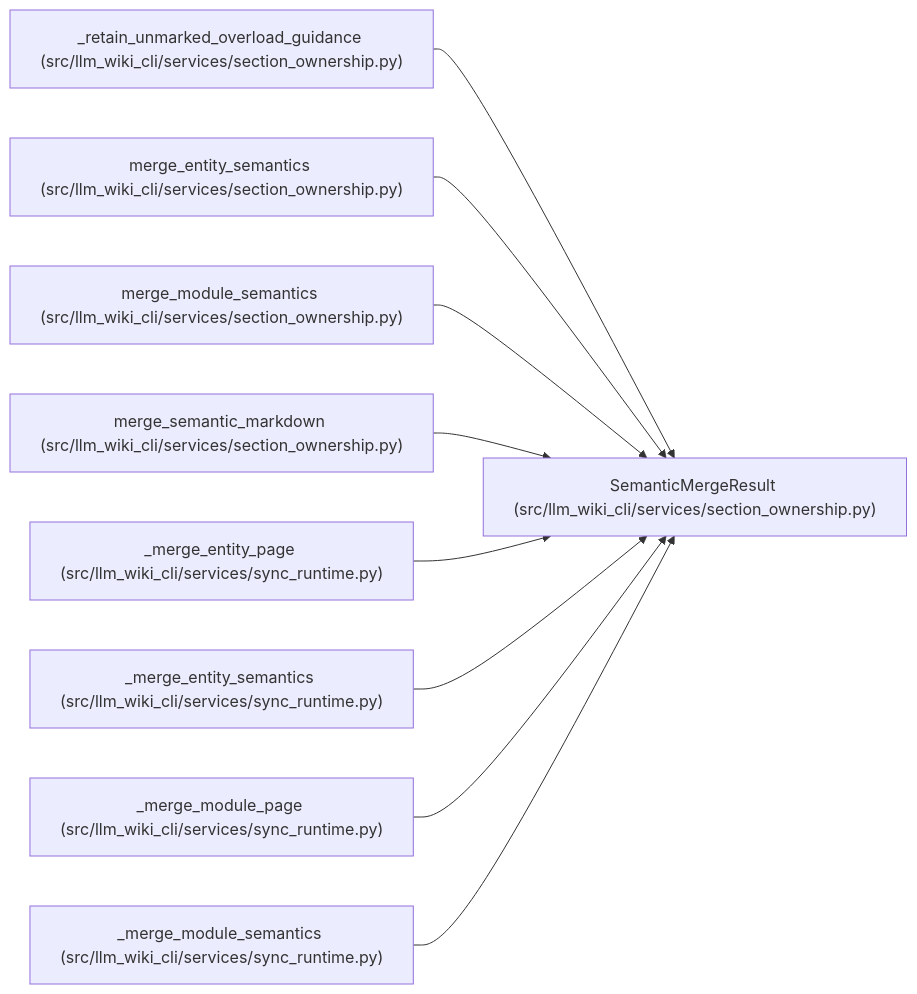
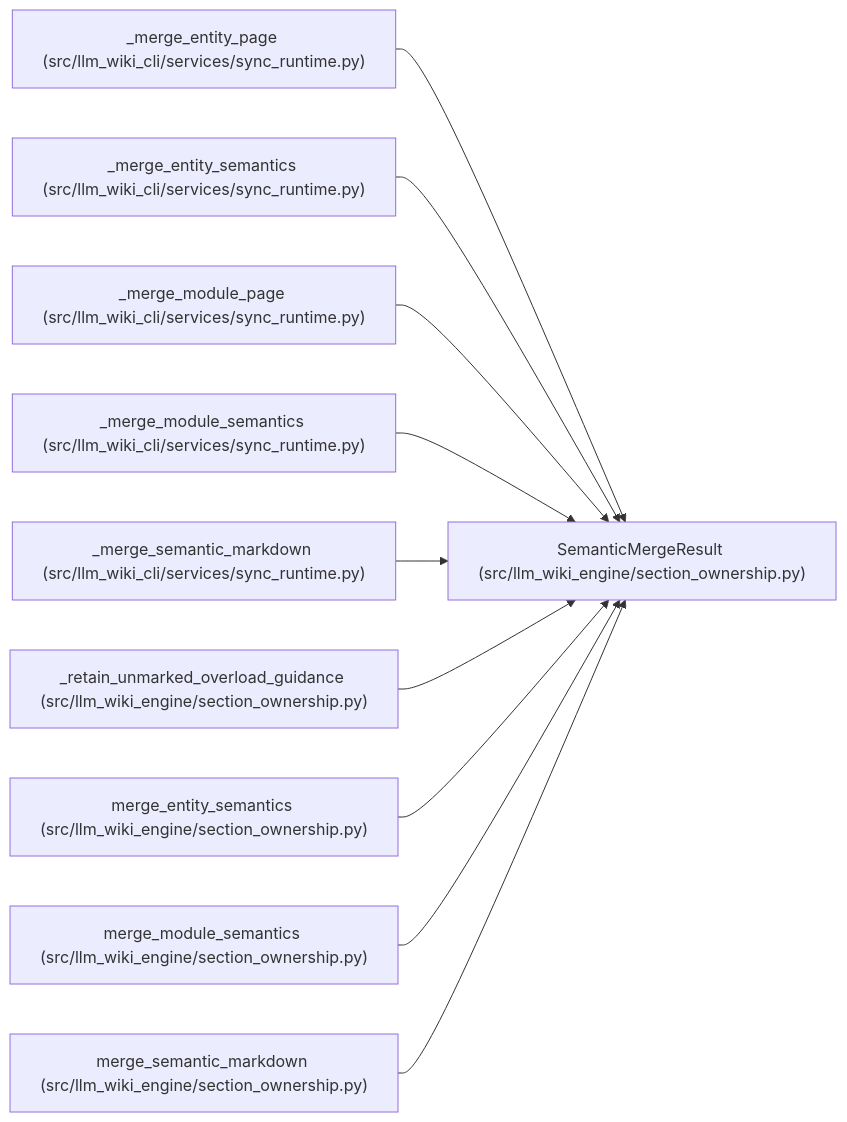
Before and after one commit to Denissvgn/python-wiki-llm: the diagram in docs/llm_wiki/entities/SemanticMergeResult.md, drawn with Mermaid. The commit also changed other lines of this file and 1103 other files, not shown here.

First line of the commit message:
docs: refresh the wiki for the llm-wiki-engine distribution

````diff
--- a/docs/llm_wiki/entities/SemanticMergeResult.md
+++ b/docs/llm_wiki/entities/SemanticMergeResult.md
@@ -28,29 +28,32 @@
 ```mermaid
 flowchart LR
-    n0["SemanticMergeResult (src/llm_wiki_cli/services/section_ownership.py)"]
-    n1["_retain_unmarked_overload_guidance (src/llm_wiki_cli/services/section_ownership.py)"]
-    n2["merge_entity_semantics (src/llm_wiki_cli/services/section_ownership.py)"]
-    n3["merge_module_semantics (src/llm_wiki_cli/services/section_ownership.py)"]
-    n4["merge_semantic_markdown (src/llm_wiki_cli/services/section_ownership.py)"]
-    n5["_merge_entity_page (src/llm_wiki_cli/services/sync_runtime.py)"]
-    n6["_merge_entity_semantics (src/llm_wiki_cli/services/sync_runtime.py)"]
-    n7["_merge_module_page (src/llm_wiki_cli/services/sync_runtime.py)"]
-    n8["_merge_module_semantics (src/llm_wiki_cli/services/sync_runtime.py)"]
+    n0["SemanticMergeResult (src/llm_wiki_engine/section_ownership.py)"]
+    n1["_merge_entity_page (src/llm_wiki_cli/services/sync_runtime.py)"]
+    n2["_merge_entity_semantics (src/llm_wiki_cli/services/sync_runtime.py)"]
+    n3["_merge_module_page (src/llm_wiki_cli/services/sync_runtime.py)"]
+    n4["_merge_module_semantics (src/llm_wiki_cli/services/sync_runtime.py)"]
+    n5["_merge_semantic_markdown (src/llm_wiki_cli/services/sync_runtime.py)"]
+    n6["_retain_unmarked_overload_guidance (src/llm_wiki_engine/section_ownership.py)"]
+    n7["merge_entity_semantics (src/llm_wiki_engine/section_ownership.py)"]
+    n8["merge_module_semantics (src/llm_wiki_engine/section_ownership.py)"]
+    n9["merge_semantic_markdown (src/llm_wiki_engine/section_ownership.py)"]
     n1 --> n0
     n2 --> n0
     n3 --> n0
     n4 --> n0
     n5 --> n0
     n6 --> n0
     n7 --> n0
     n8 --> n0
+    n9 --> n0
     click n0 "../modules/section_ownership.md"
-    click n1 "../modules/section_ownership.md"
-    click n2 "../modules/section_ownership.md"
-    click n3 "../modules/section_ownership.md"
-    click n4 "../modules/section_ownership.md"
+    click n1 "../modules/sync_runtime.md"
+    click n2 "../modules/sync_runtime.md"
+    click n3 "../modules/sync_runtime.md"
+    click n4 "../modules/sync_runtime.md"
     click n5 "../modules/sync_runtime.md"
-    click n6 "../modules/sync_runtime.md"
-    click n7 "../modules/sync_runtime.md"
-    click n8 "../modules/sync_runtime.md"
+    click n6 "../modules/section_ownership.md"
+    click n7 "../modules/section_ownership.md"
+    click n8 "../modules/section_ownership.md"
+    click n9 "../modules/section_ownership.md"
 ```
````
